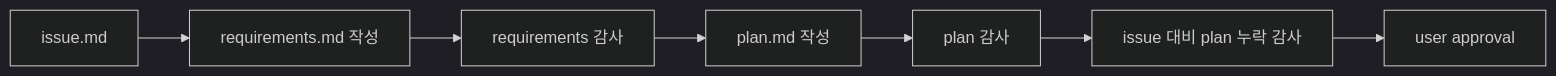
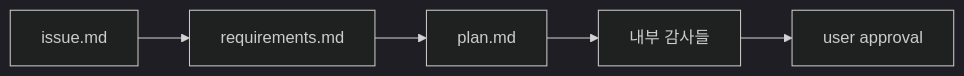
One commit to JisungValue/harness-kit changed the fifth of 9 diagrams in README.md. Above: the diagram before and after it, drawn with Mermaid (dark theme). The commit also changed other lines of this file, not shown here.

Commit message:
refocus README on downstream harness flow

````diff
--- a/README.md
+++ b/README.md
@@ -124,9 +95,7 @@
 ```mermaid
 flowchart LR
-    A[issue.md] --> B[requirements.md 작성]
-    B --> C[requirements 감사]
-    C --> D[plan.md 작성]
-    D --> E[plan 감사]
-    E --> F[issue 대비 plan 누락 감사]
-    F --> G[user approval]
+    A[issue.md] --> B[requirements.md]
+    B --> C[plan.md]
+    C --> D[내부 감사들]
+    D --> E[user approval]
 ```
````
